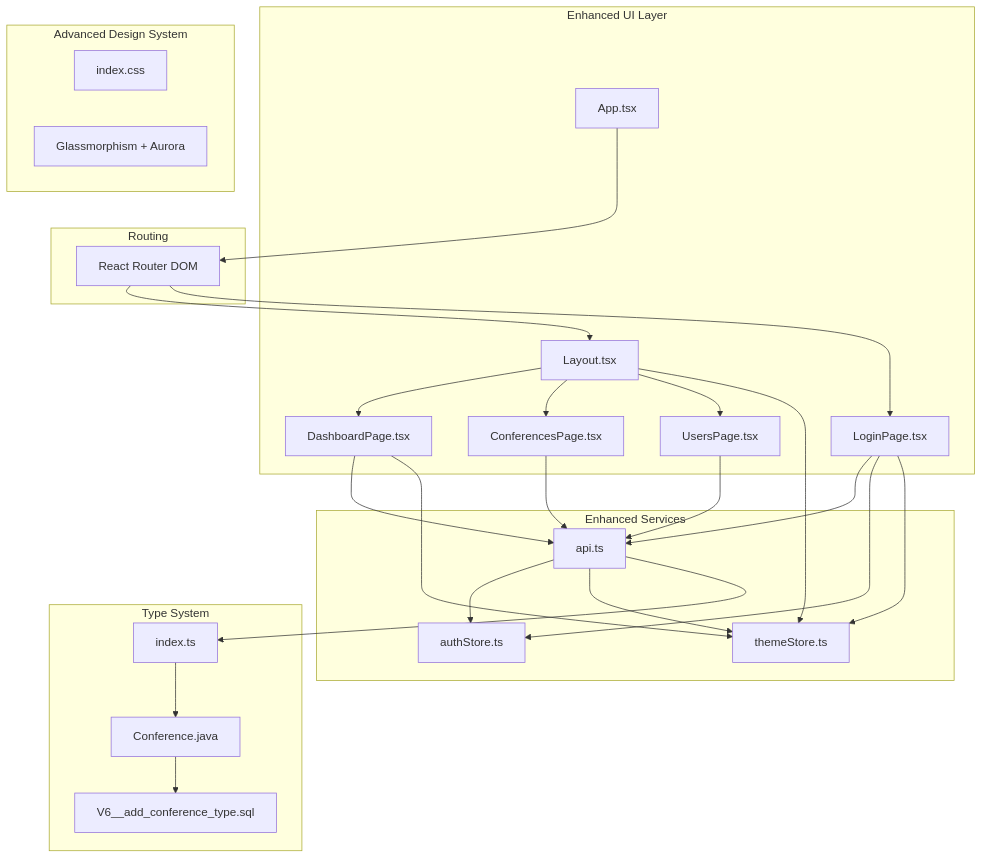
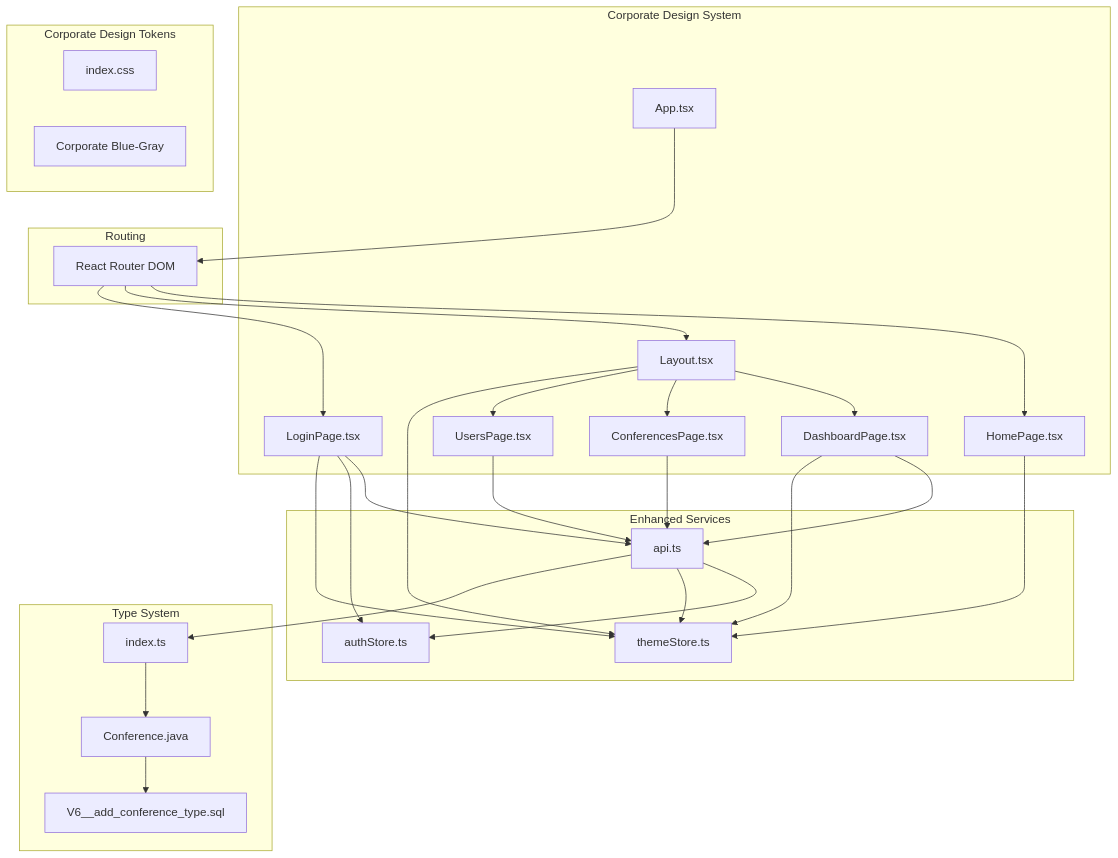
Before and after one commit to Vostrikov2014/vks-qoder: the first of 3 diagrams in .qoder/repowiki/en/content/Frontend Application/Pages and Components.md, drawn with Mermaid. The commit also changed other lines of this file and 18 other files, not shown here.

````diff
--- a/.qoder/repowiki/en/content/Frontend Application/Pages and Components.md
+++ b/.qoder/repowiki/en/content/Frontend Application/Pages and Components.md
@@ -59,47 +66,50 @@
 ```mermaid
 graph TB
-subgraph "Enhanced UI Layer"
+subgraph "Corporate Design System"
 App["App.tsx"]
+HomePage["HomePage.tsx"]
 Layout["Layout.tsx"]
 Dashboard["DashboardPage.tsx"]
 Conferences["ConferencesPage.tsx"]
 Users["UsersPage.tsx"]
 Login["LoginPage.tsx"]
 end
 subgraph "Enhanced Services"
 API["api.ts"]
 AuthStore["authStore.ts"]
 ThemeStore["themeStore.ts"]
 end
-subgraph "Advanced Design System"
+subgraph "Corporate Design Tokens"
 CSS["index.css"]
-ThemeSystem["Glassmorphism + Aurora"]
+DesignSystem["Corporate Blue-Gray"]
 end
 subgraph "Type System"
 Types["index.ts"]
 DomainModel["Conference.java"]
 DBMigration["V6__add_conference_type.sql"]
 end
 subgraph "Routing"
 Router["React Router DOM"]
 end
 App --> Router
+Router --> HomePage
 Router --> Layout
 Layout --> Dashboard
 Layout --> Conferences
 Layout --> Users
 Router --> Login
+HomePage --> ThemeStore
 Dashboard --> API
 Conferences --> API
 Users --> API
 Login --> API
 Login --> AuthStore
 Login --> ThemeStore
 Dashboard --> ThemeStore
 Layout --> ThemeStore
 API --> AuthStore
 API --> ThemeStore
 API --> Types
 Types --> DomainModel
 DomainModel --> DBMigration
 ```
````
